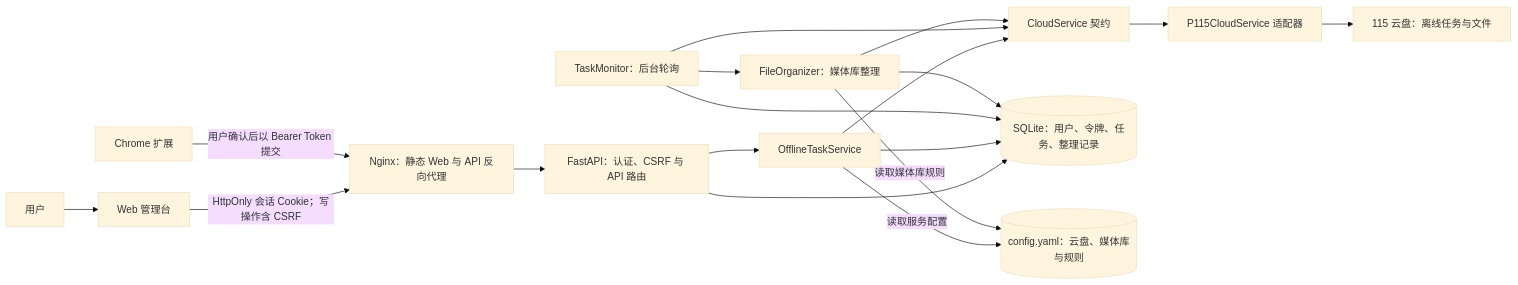
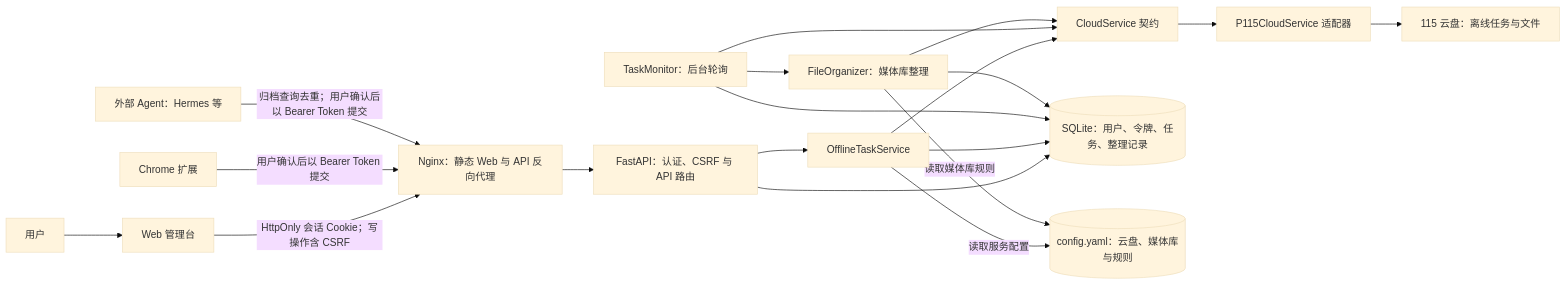
The first of 5 diagrams in docs/architecture/project-flow.md (AkaiShuichi7/media-bridge), drawn with Mermaid (base theme) before and after one commit. The commit also changed other lines of this file and 2 other files, not shown here.

First line of the commit message:
docs: README 重写与流程图补充 Agent 接入层

````diff
--- a/docs/architecture/project-flow.md
+++ b/docs/architecture/project-flow.md
@@ -9,34 +9,36 @@
 ```mermaid
 flowchart LR
     User[用户]
     Web[Web 管理台]
     Extension[Chrome 扩展]
+    Agent[外部 Agent：Hermes 等]
     Nginx[Nginx：静态 Web 与 API 反向代理]
     API[FastAPI：认证、CSRF 与 API 路由]
     TaskService[OfflineTaskService]
     Monitor[TaskMonitor：后台轮询]
     Organizer[FileOrganizer：媒体库整理]
     CloudContract[CloudService 契约]
     P115Adapter[P115CloudService 适配器]
     Drive[115 云盘：离线任务与文件]
     DB[(SQLite：用户、令牌、任务、整理记录)]
     Config[(config.yaml：云盘、媒体库与规则)]
 
     User --> Web
     Web -->|HttpOnly 会话 Cookie；写操作含 CSRF| Nginx
     Extension -->|用户确认后以 Bearer Token 提交| Nginx
+    Agent -->|归档查询去重；用户确认后以 Bearer Token 提交| Nginx
     Nginx --> API
     API --> TaskService
     API --> DB
     TaskService -->|读取服务配置| Config
     TaskService --> CloudContract
     TaskService --> DB
     Monitor --> DB
     Monitor --> CloudContract
     Monitor --> Organizer
     Organizer -->|读取媒体库规则| Config
     Organizer --> DB
     Organizer --> CloudContract
     CloudContract --> P115Adapter
     P115Adapter --> Drive
 ```
````
